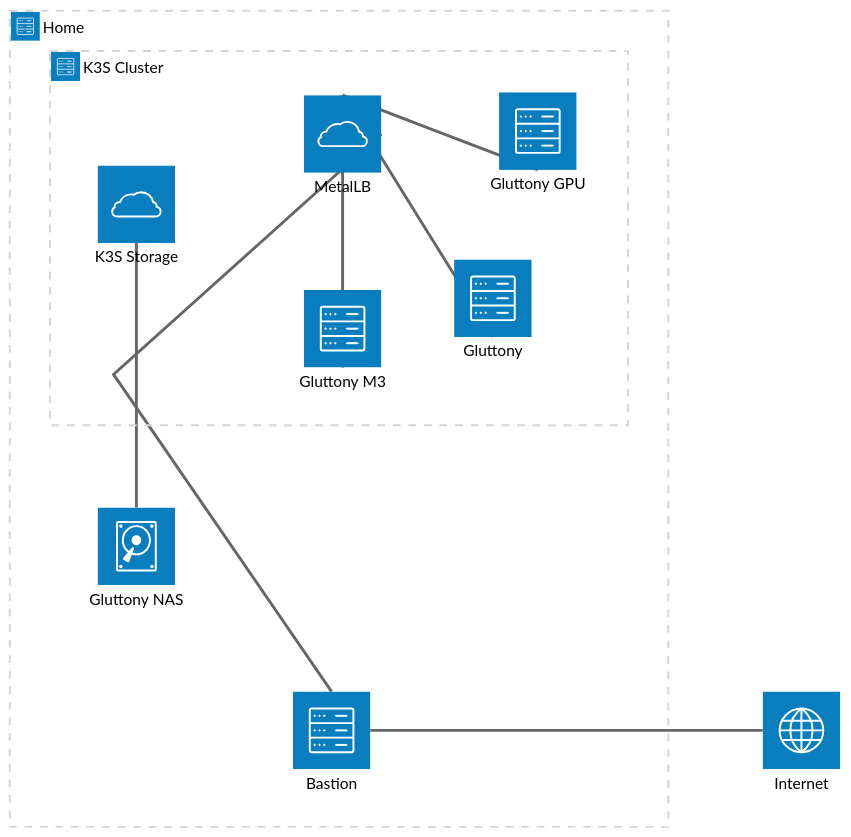
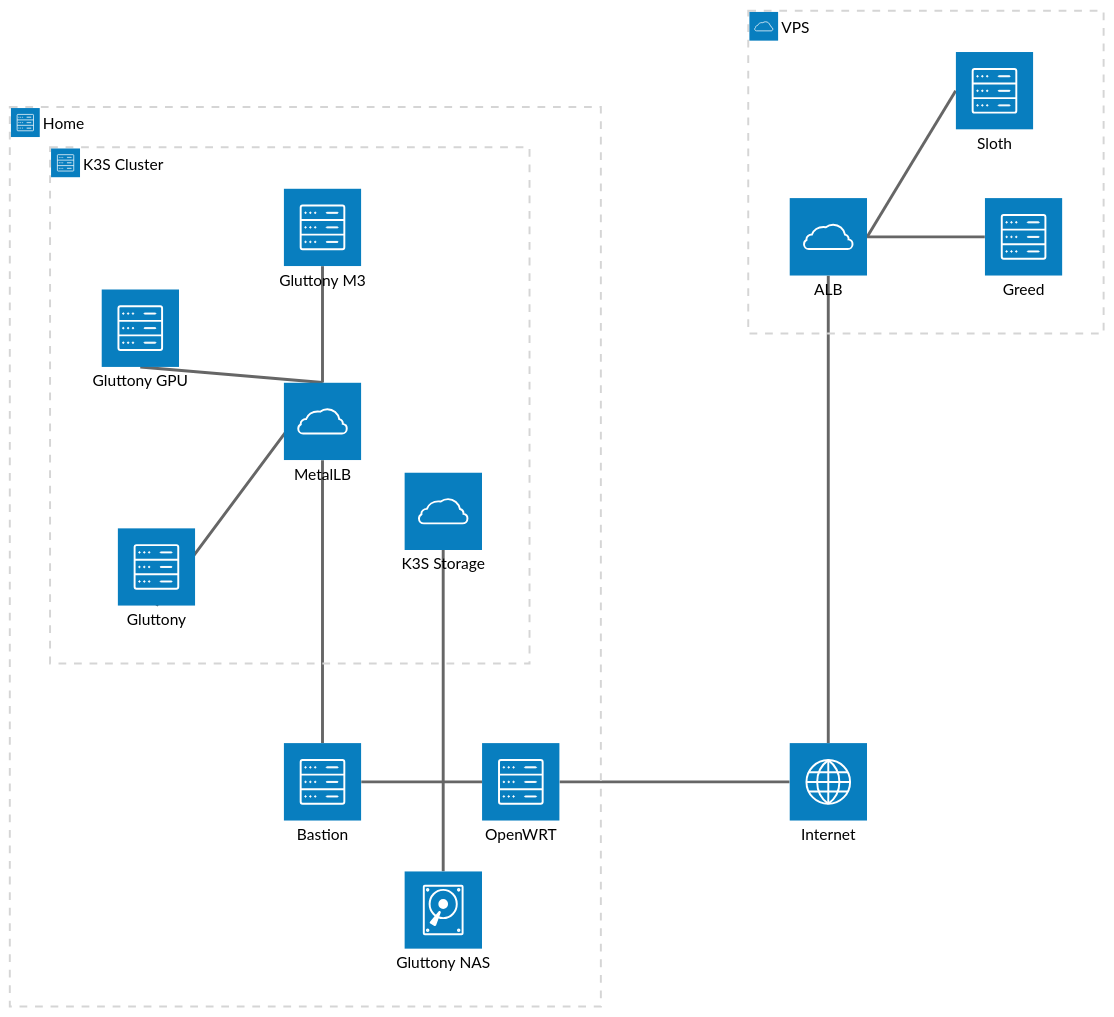
Before and after one commit to Clortox/Gluttony-Cluster: the diagram in docs/architecture.md, drawn with Mermaid (neutral theme). The commit also changed other lines of this file and 6 other files, not shown here.

````diff
--- a/docs/architecture.md
+++ b/docs/architecture.md
@@ -6,31 +6,45 @@
 ```mermaid
 architecture-beta
   service internet(internet)[Internet]
 
   group home(server)[Home]
 
   service bastion(server)[Bastion] in home
+  service router(server)[OpenWRT] in home
   service nas(disk)[Gluttony NAS] in home
 
   group cluster(server)[K3S Cluster] in home
 
   service gluttony(server)[Gluttony] in cluster
   service gluttonygpu(server)[Gluttony GPU] in cluster
   service gluttonym3(server)[Gluttony M3] in cluster
 
   service metallb(cloud)[MetalLB] in cluster
   service storage(cloud)[K3S Storage] in cluster
 
+  group vps(cloud)[VPS]
 
-  internet:L -- R:bastion
-  bastion:T -- R:metallb
+  service sloth(server)[Sloth] in vps
+  service greed(server)[Greed] in vps
+  service alb(cloud)[ALB] in vps
+
+  internet:L -- R:router
+  router:L -- R:bastion
+  bastion:T -- B:metallb
 
   metallb:T -- B:gluttony
   metallb:T -- B:gluttonygpu
   metallb:T -- B:gluttonym3
-  
 
   storage:B -- T:nas
 
+  
+  internet:T -- B:alb
+  alb:R -- L:sloth
+  alb:R -- L:greed
+
+
+  
+
 
 ```
````
